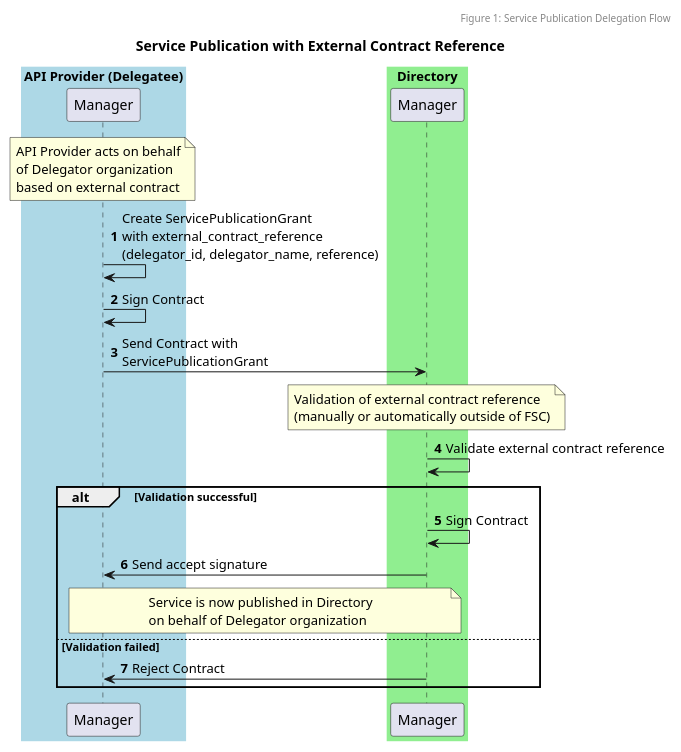
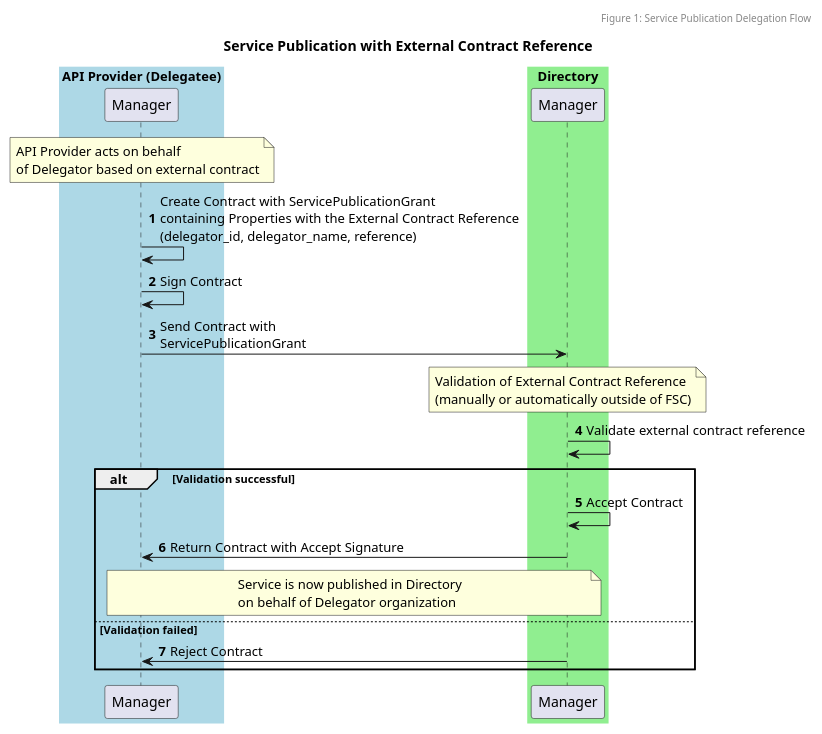
The diagram in diagrams/seq-publication-delegation-external-contract.puml (Logius-standaarden/fsc-external-contract), drawn with PlantUML before and after one commit. The commit also changed 9 other files, not shown here.

```diff
--- a/diagrams/seq-publication-delegation-external-contract.puml
+++ b/diagrams/seq-publication-delegation-external-contract.puml
@@ -1,48 +1,47 @@
 @startuml Service Publication with External Contract Reference
 title Service Publication with External Contract Reference
 header Figure 1: Service Publication Delegation Flow
 
 skinparam sequenceBoxBorderColor #transparent
 skinparam boxPadding 50
 autonumber
 
 box "API Provider (Delegatee)" #LightBlue
     participant "Manager" as ProviderManager
 end box
 
 box "Directory" #LightGreen
     participant "Manager" as DirectoryManager
 end box
 
 note over ProviderManager
     API Provider acts on behalf
-    of Delegator organization
-    based on external contract
+    of Delegator based on external contract
 end note
 
-ProviderManager -> ProviderManager: Create ServicePublicationGrant\nwith external_contract_reference\n(delegator_id, delegator_name, reference)
+ProviderManager -> ProviderManager: Create Contract with ServicePublicationGrant\ncontaining Properties with the External Contract Reference\n(delegator_id, delegator_name, reference)
 
 ProviderManager -> ProviderManager: Sign Contract
 
 ProviderManager -> DirectoryManager: Send Contract with\nServicePublicationGrant
 
 note over DirectoryManager
-    Validation of external contract reference
+    Validation of External Contract Reference
     (manually or automatically outside of FSC)
 end note
 
 DirectoryManager -> DirectoryManager: Validate external contract reference 
 
 alt Validation successful
-    DirectoryManager -> DirectoryManager: Sign Contract
-    DirectoryManager -> ProviderManager: Send accept signature
+    DirectoryManager -> DirectoryManager: Accept Contract
+    DirectoryManager -> ProviderManager: Return Contract with Accept Signature
 
     note over ProviderManager, DirectoryManager
         Service is now published in Directory
         on behalf of Delegator organization
     end note
 else Validation failed
     DirectoryManager -> ProviderManager: Reject Contract
 end
 
 @enduml
```
